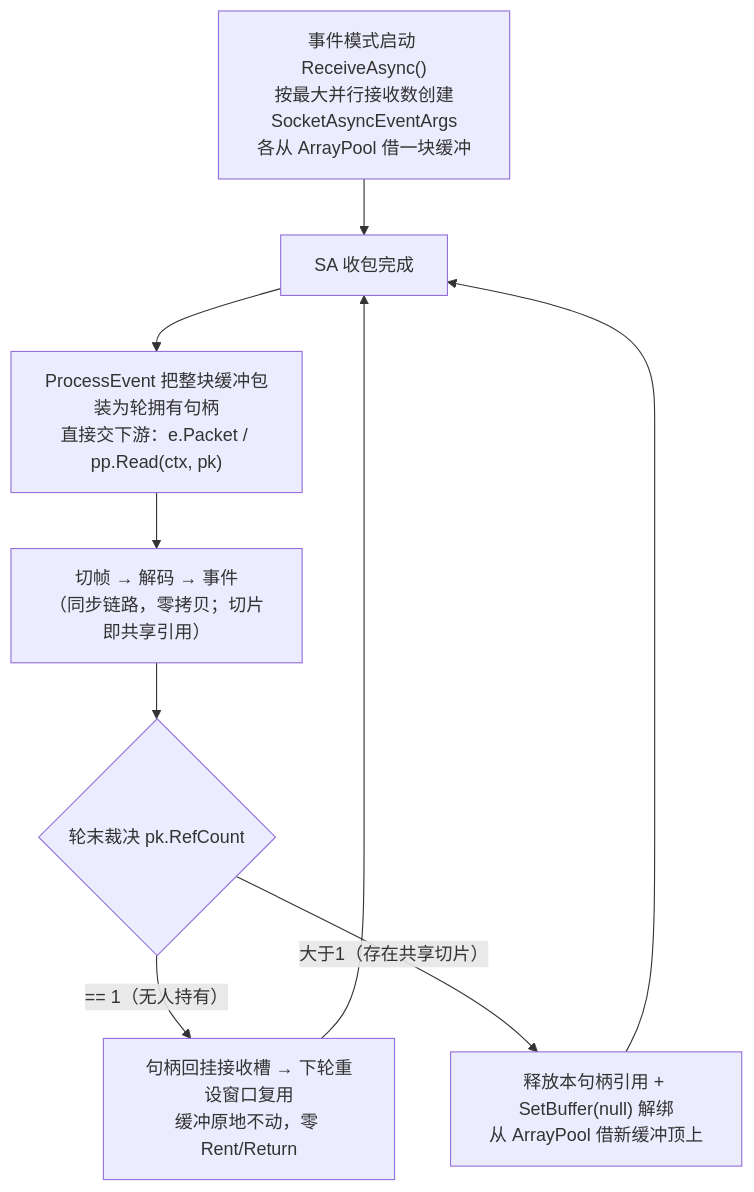
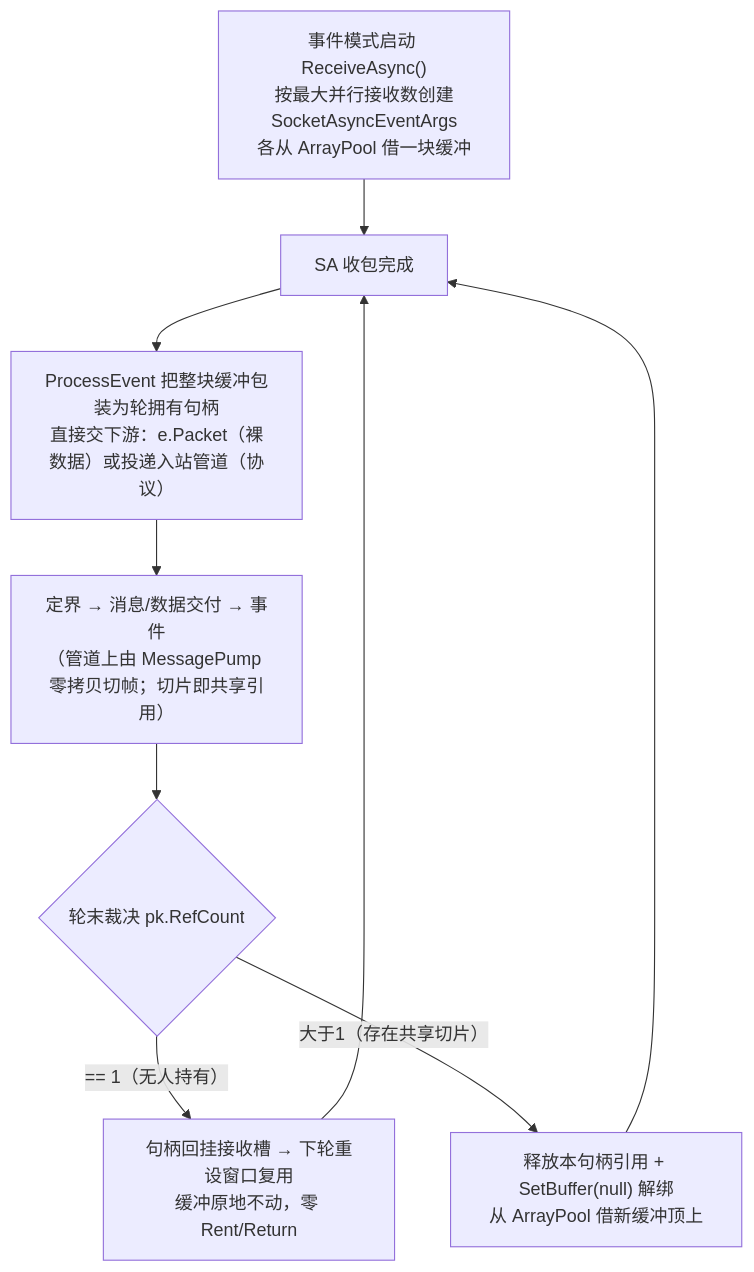
One commit to NewLifeX/X changed the first of 2 diagrams in Doc/网络缓冲所有权架构.md. Above: the diagram before and after it, drawn with Mermaid. The commit also changed other lines of this file and 2 other files, not shown here.

````diff
--- a/Doc/网络缓冲所有权架构.md
+++ b/Doc/网络缓冲所有权架构.md
@@ -29,11 +28,11 @@
 ```mermaid
 flowchart TD
     A["事件模式启动 ReceiveAsync()<br/>按最大并行接收数创建<br/>SocketAsyncEventArgs<br/>各从 ArrayPool 借一块缓冲"] --> B[SA 收包完成]
-    B --> C["ProcessEvent 把整块缓冲包装为轮拥有句柄<br/>直接交下游：e.Packet / pp.Read(ctx, pk)"]
-    C --> D["切帧 → 解码 → 事件<br/>（同步链路，零拷贝；切片即共享引用）"]
+    B --> C["ProcessEvent 把整块缓冲包装为轮拥有句柄<br/>直接交下游：e.Packet（裸数据）或投递入站管道（协议）"]
+    C --> D["定界 → 消息/数据交付 → 事件<br/>（管道上由 MessagePump 零拷贝切帧；切片即共享引用）"]
     D --> E{"轮末裁决 pk.RefCount"}
     E -- "== 1（无人持有）" --> F["句柄回挂接收槽 → 下轮重设窗口复用<br/>缓冲原地不动，零 Rent/Return"]
     E -- "大于1（存在共享切片）" --> G["释放本句柄引用 + SetBuffer(null) 解绑<br/>从 ArrayPool 借新缓冲顶上"]
     F --> B
     G --> B
 ```
````
